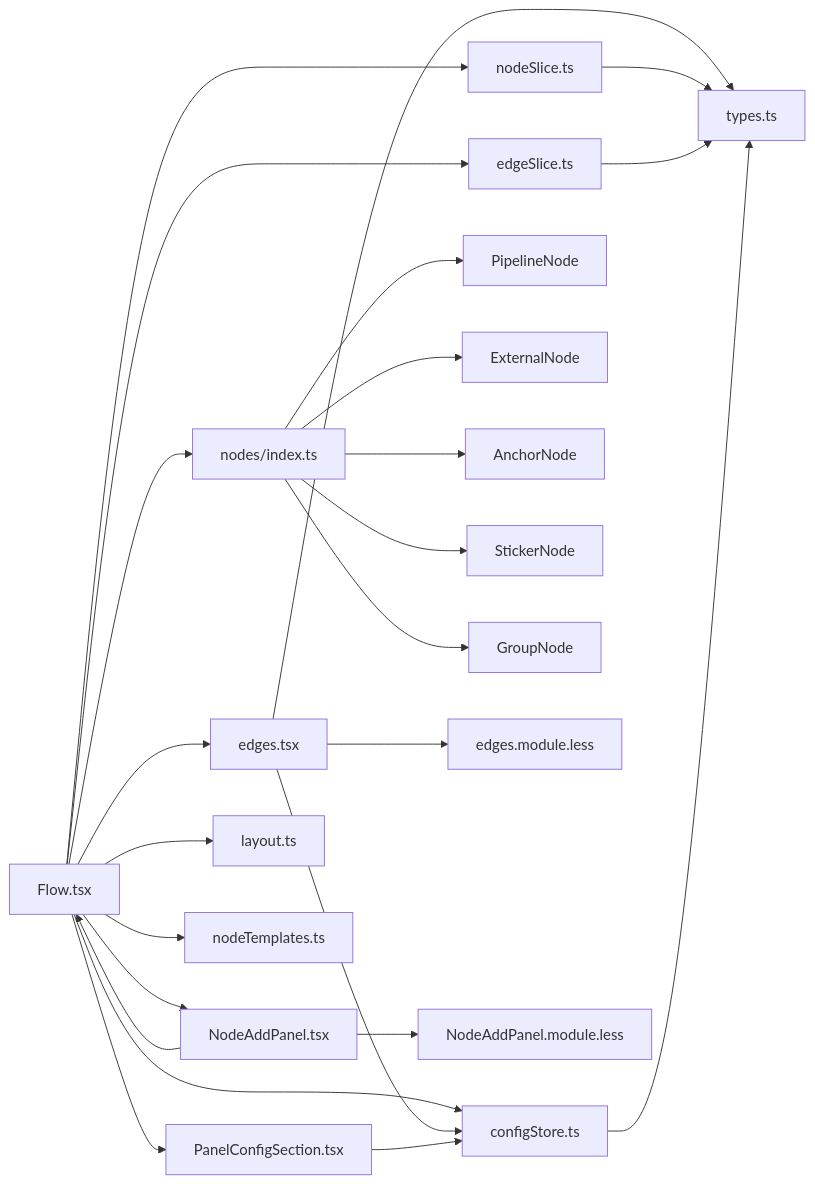
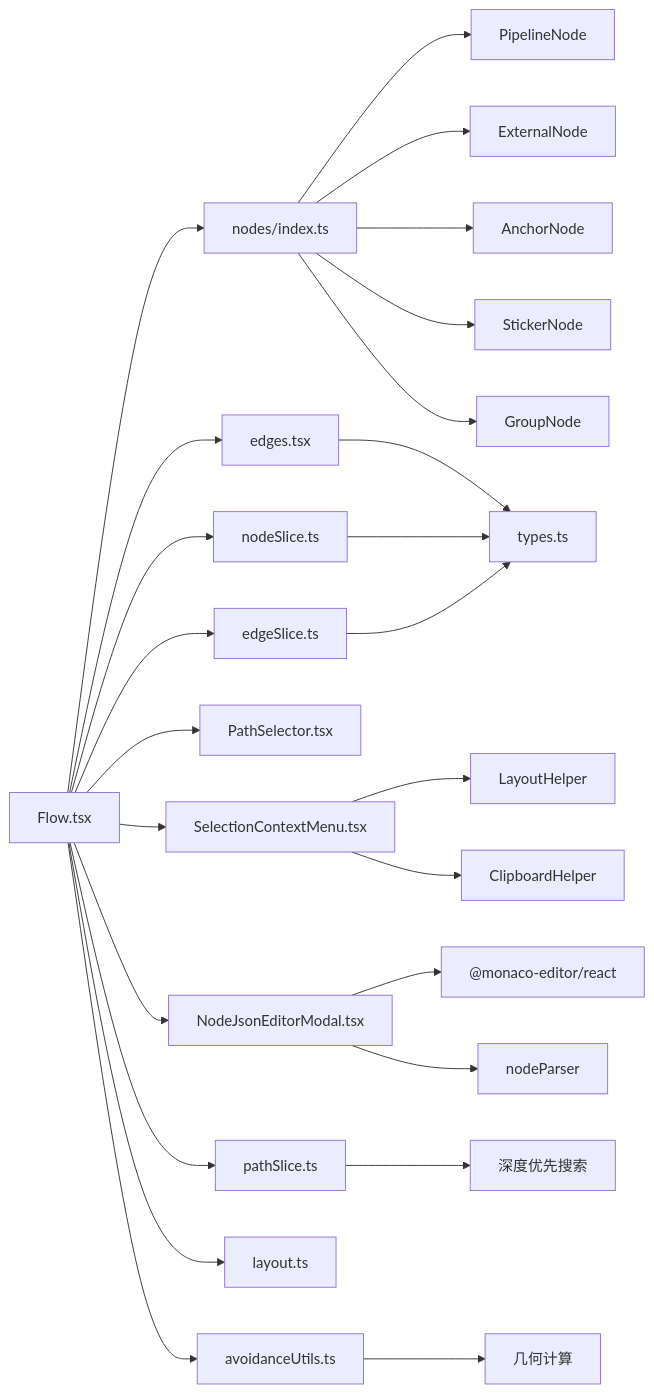
Diagram 13 of 13 in .qoder/repowiki/zh/content/工作流编辑器/工作流编辑器.md (kqcoxn/MaaPipelineEditor), drawn with Mermaid before and after one commit. The commit also changed other lines of this file and 50 other files, not shown here.

````diff
--- a/.qoder/repowiki/zh/content/工作流编辑器/工作流编辑器.md
+++ b/.qoder/repowiki/zh/content/工作流编辑器/工作流编辑器.md
@@ -497,26 +603,27 @@
 ```mermaid
 graph LR
 Flow["Flow.tsx"] --> NodesIdx["nodes/index.ts"]
 Flow --> Edges["edges.tsx"]
-Flow --> ConfigPanel["PanelConfigSection.tsx"]
-Flow --> NodeAddPanel["NodeAddPanel.tsx"]
+Flow --> SelectionMenu["SelectionContextMenu.tsx"]
+Flow --> JsonEditor["NodeJsonEditorModal.tsx"]
+Flow --> PathSelector["PathSelector.tsx"]
 Flow --> NS["nodeSlice.ts"]
 Flow --> ES["edgeSlice.ts"]
+Flow --> PathSlice["pathSlice.ts"]
 Flow --> Layout["layout.ts"]
-Flow --> Templates["nodeTemplates.ts"]
-Flow --> ConfigStore["configStore.ts"]
+Flow --> Avoidance["avoidanceUtils.ts"]
 NodesIdx --> PN["PipelineNode"]
 NodesIdx --> EN["ExternalNode"]
 NodesIdx --> AN["AnchorNode"]
 NodesIdx --> SN["StickerNode"]
 NodesIdx --> GN["GroupNode"]
 Edges --> Types["types.ts"]
-Edges --> ConfigStore
-Edges --> Styles["edges.module.less"]
+SelectionMenu --> LayoutHelper["LayoutHelper"]
+SelectionMenu --> Clipboard["ClipboardHelper"]
+JsonEditor --> Monaco["@monaco-editor/react"]
+JsonEditor --> Parser["nodeParser"]
+PathSlice --> DFS["深度优先搜索"]
+Avoidance --> Geometry["几何计算"]
 NS --> Types
 ES --> Types
-ConfigPanel --> ConfigStore
-ConfigStore --> Types
-NodeAddPanel --> Flow
-NodeAddPanel --> NodeAddStyles["NodeAddPanel.module.less"]
 ```
````
